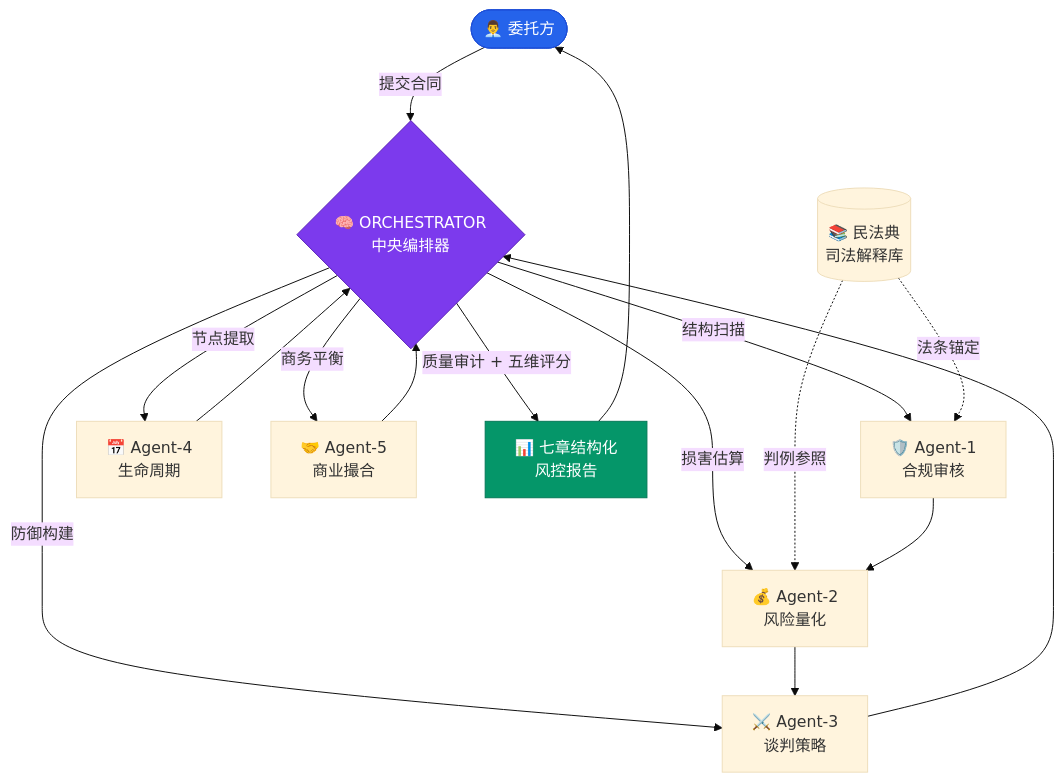
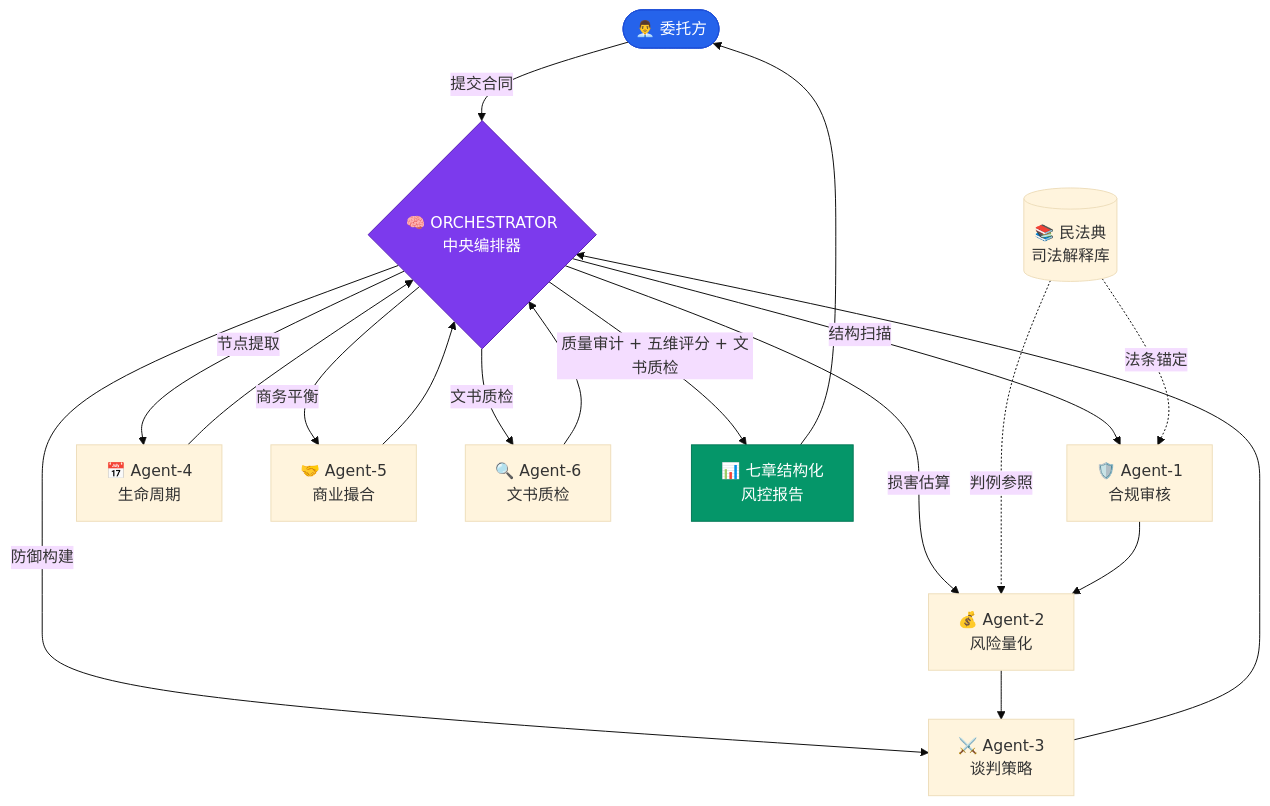
Before and after one commit to evan66547/Contract-Reviewer-Agent-Eval: the diagram in README.md, drawn with Mermaid (base theme). The commit also changed other lines of this file and 5 other files, not shown here.

First line of the commit message:
feat: 新增 Agent-6 文书质检 (Legal Proofreading Agent)

````diff
--- a/README.md
+++ b/README.md
@@ -274,24 +275,26 @@
 ```mermaid
 graph TD
     User(["👨‍💼 委托方"]) -->|"提交合同"| ORC{"🧠 ORCHESTRATOR<br>中央编排器"}
 
     ORC -->|"结构扫描"| A1["🛡️ Agent-1<br>合规审核"]
     ORC -->|"损害估算"| A2["💰 Agent-2<br>风险量化"]
     ORC -->|"防御构建"| A3["⚔️ Agent-3<br>谈判策略"]
     ORC -->|"节点提取"| A4["📅 Agent-4<br>生命周期"]
     ORC -->|"商务平衡"| A5["🤝 Agent-5<br>商业撮合"]
+    ORC -->|"文书质检"| A6["🔍 Agent-6<br>文书质检"]
 
     RAG[("📚 民法典<br>司法解释库")] -.->|"法条锚定"| A1
     RAG -.->|"判例参照"| A2
 
     A1 --> A2 --> A3 --> ORC
     A4 --> ORC
     A5 --> ORC
+    A6 --> ORC
 
-    ORC -->|"质量审计 + 五维评分"| REPORT["📊 七章结构化<br>风控报告"]
+    ORC -->|"质量审计 + 五维评分 + 文书质检"| REPORT["📊 七章结构化<br>风控报告"]
     REPORT --> User
 
     style ORC fill:#7c3aed,stroke:#5b21b6,color:#fff
     style REPORT fill:#059669,stroke:#047857,color:#fff
     style User fill:#2563eb,stroke:#1d4ed8,color:#fff
 ```
````
